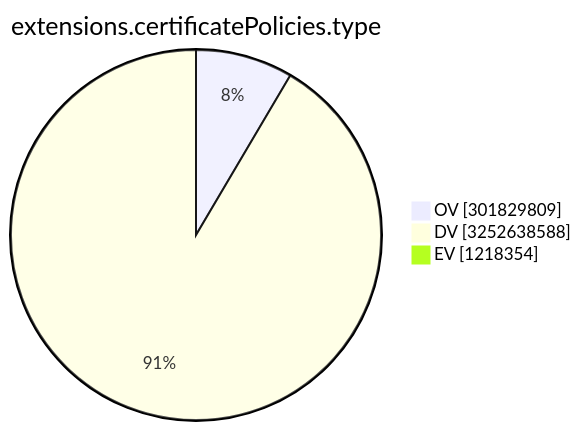
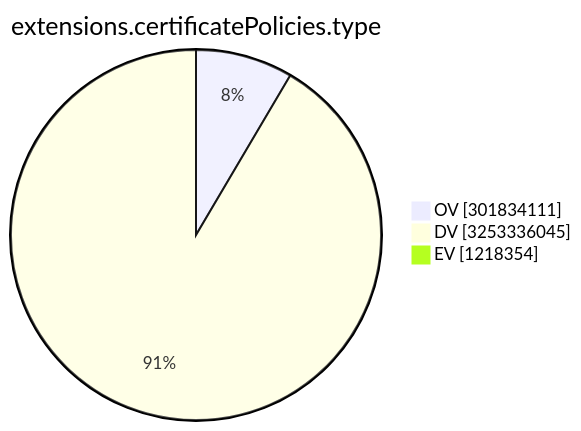
The ninth of 15 diagrams in TOTAL/README.md (christiankrug/ctmonitor_visualization), drawn with Mermaid before and after one commit. The commit also changed other lines of this file, not shown here.

````diff
--- a/TOTAL/README.md
+++ b/TOTAL/README.md
@@ -3107,7 +3107,7 @@
 ```mermaid
 pie showData
 title extensions.certificatePolicies.type
-"OV" :301829809
-"DV" :3252638588
+"OV" :301834111
+"DV" :3253336045
 "EV" :1218354
 ```
````
